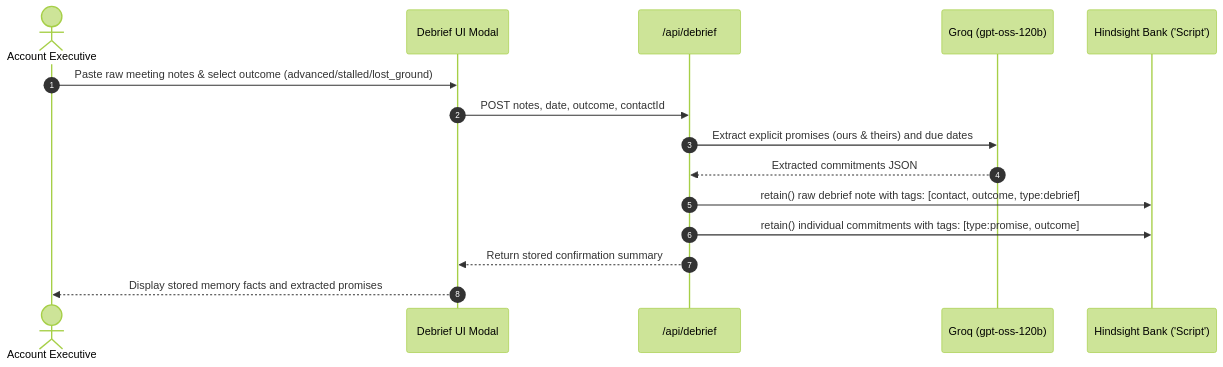
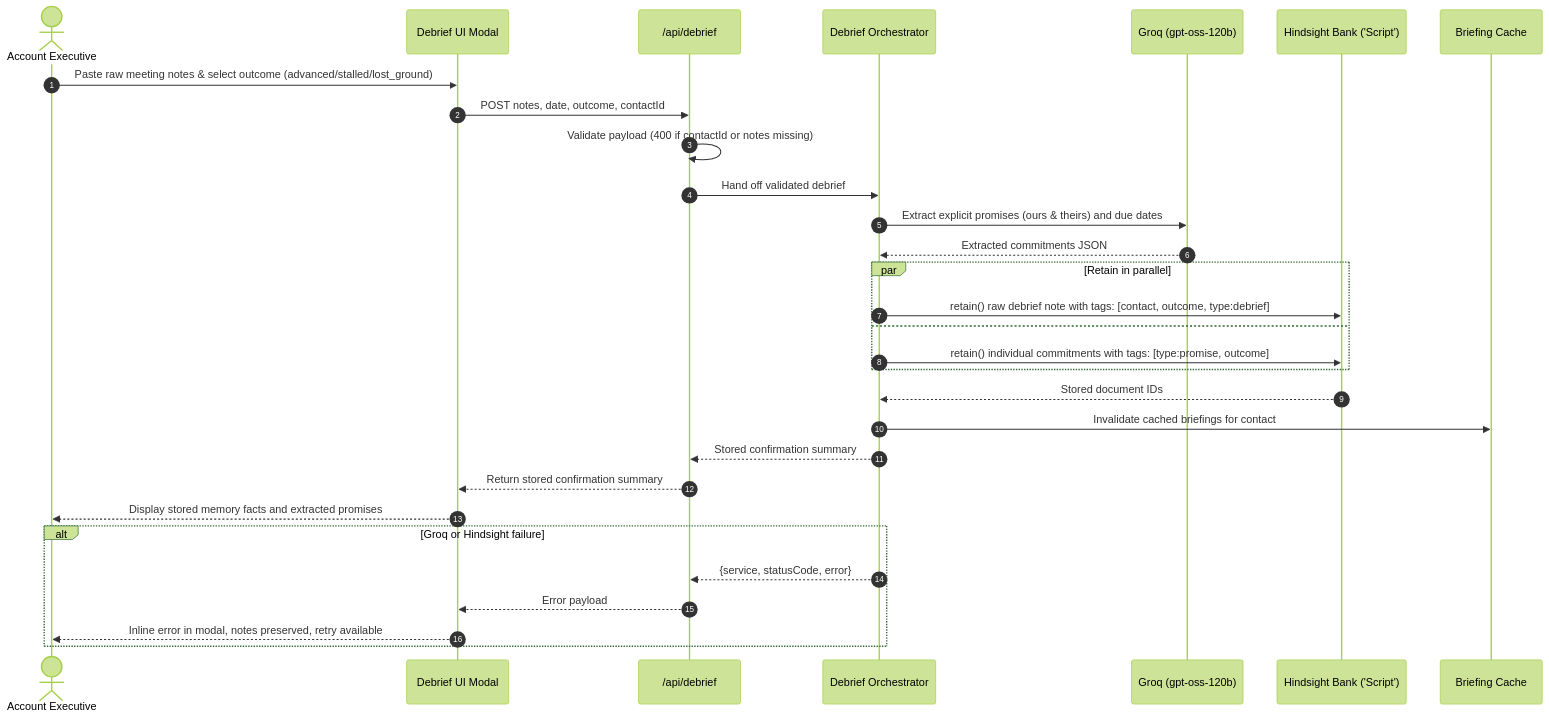
One commit to potnuruteja115/HACK-WITH-BANGALORE-4.0 changed the second of 3 diagrams in README.md. Above: the diagram before and after it, drawn with Mermaid (forest theme). The commit also changed other lines of this file, not shown here.

````diff
--- a/README.md
+++ b/README.md
@@ -108,18 +123,36 @@
 ```mermaid
 sequenceDiagram
     autonumber
     actor User as Account Executive
     participant App as Debrief UI Modal
     participant API as /api/debrief
+    participant Svc as Debrief Orchestrator
     participant Groq as Groq (gpt-oss-120b)
     participant HS as Hindsight Bank ('Script')
+    participant Cache as Briefing Cache
 
     User->>App: Paste raw meeting notes & select outcome (advanced/stalled/lost_ground)
     App->>API: POST notes, date, outcome, contactId
-    API->>Groq: Extract explicit promises (ours & theirs) and due dates
-    Groq-->>API: Extracted commitments JSON
-    API->>HS: retain() raw debrief note with tags: [contact, outcome, type:debrief]
-    API->>HS: retain() individual commitments with tags: [type:promise, outcome]
+    API->>API: Validate payload (400 if contactId or notes missing)
+    API->>Svc: Hand off validated debrief
+    Svc->>Groq: Extract explicit promises (ours & theirs) and due dates
+    Groq-->>Svc: Extracted commitments JSON
+
+    par Retain in parallel
+        Svc->>HS: retain() raw debrief note with tags: [contact, outcome, type:debrief]
+    and
+        Svc->>HS: retain() individual commitments with tags: [type:promise, outcome]
+    end
+
+    HS-->>Svc: Stored document IDs
+    Svc->>Cache: Invalidate cached briefings for contact
+    Svc-->>API: Stored confirmation summary
     API-->>App: Return stored confirmation summary
     App-->>User: Display stored memory facts and extracted promises
+
+    alt Groq or Hindsight failure
+        Svc-->>API: {service, statusCode, error}
+        API-->>App: Error payload
+        App-->>User: Inline error in modal, notes preserved, retry available
+    end
 ```
````
